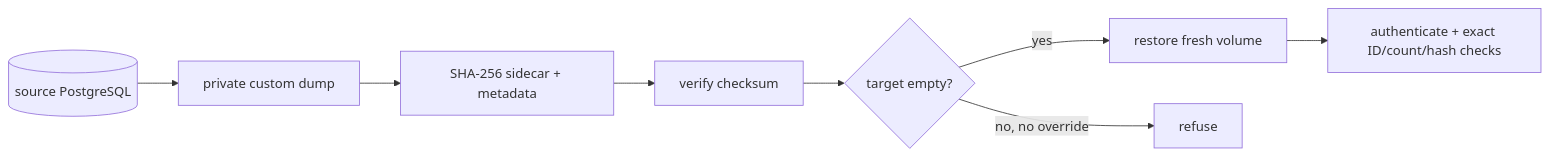
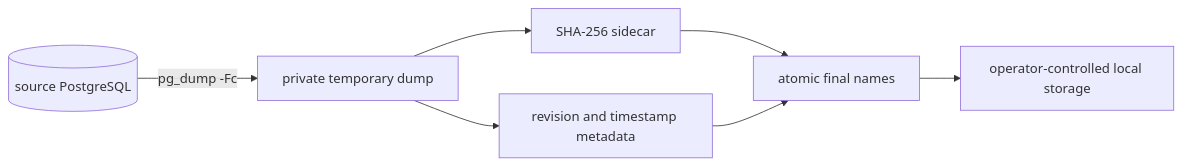
The first of 2 diagrams in docs/course/concepts/backup-restore.md (levalencia/archon), drawn with Mermaid before and after one commit. The commit also changed other lines of this file and 8 other files, not shown here.

````diff
--- a/docs/course/concepts/backup-restore.md
+++ b/docs/course/concepts/backup-restore.md
@@ -12,10 +37,9 @@
 ```mermaid
 flowchart LR
-  DB[(source PostgreSQL)] --> D[private custom dump]
-  D --> H[SHA-256 sidecar + metadata]
-  H --> V[verify checksum]
-  V --> C{target empty?}
-  C -->|yes| R[restore fresh volume]
-  C -->|no, no override| Stop[refuse]
-  R --> A[authenticate + exact ID/count/hash checks]
+    PG[(source PostgreSQL)] -->|pg_dump -Fc| TMP[private temporary dump]
+    TMP --> SHA[SHA-256 sidecar]
+    TMP --> META[revision and timestamp metadata]
+    SHA --> MOVE[atomic final names]
+    META --> MOVE
+    MOVE --> STORE[operator-controlled local storage]
 ```
````
